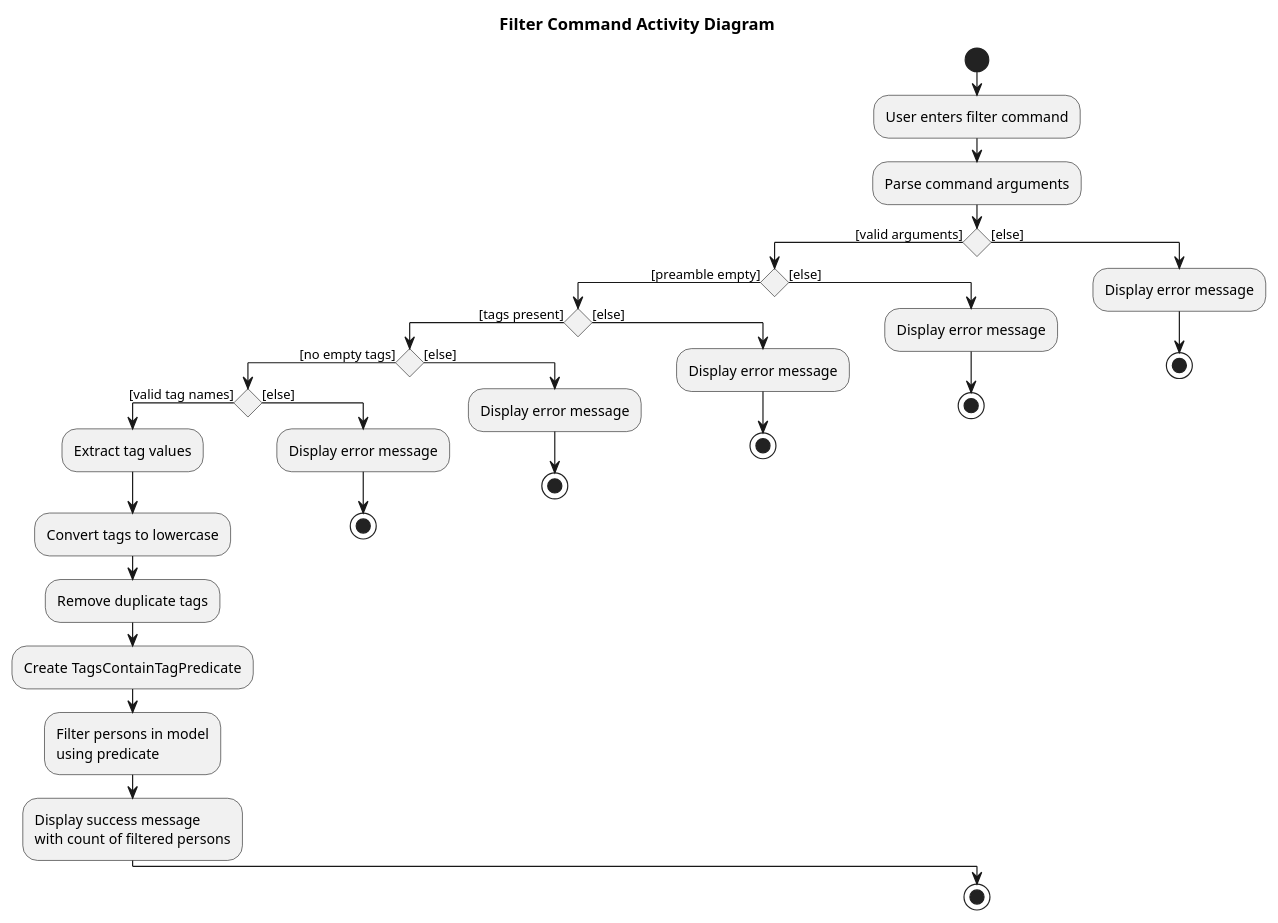
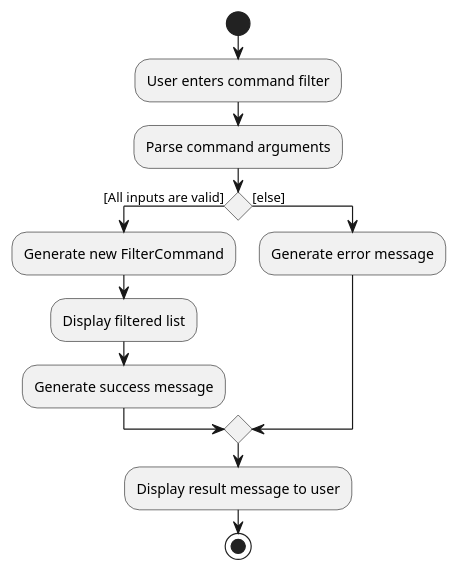
Before and after one commit to joelchongg/tp: the diagram in diagrams/FilterActivityDiagram.puml, drawn with PlantUML. The commit also changed 42 other files, not shown here.

```diff
--- a/diagrams/FilterActivityDiagram.puml
+++ b/diagrams/FilterActivityDiagram.puml
@@ -1,51 +1,14 @@
 @startuml
-title Filter Command Activity Diagram
-
 start
-
-:User enters filter command;
-
+:User enters command filter;
 :Parse command arguments;
-
-if () then ([valid arguments])
-  if () then ([preamble empty])
-    if () then ([tags present])
-      if () then ([no empty tags])
-        if () then ([valid tag names])
-          :Extract tag values;
-
-          :Convert tags to lowercase;
-
-          :Remove duplicate tags;
-
-          :Create TagsContainTagPredicate;
-
-          :Filter persons in model
-          using predicate;
-
-          :Display success message
-          with count of filtered persons;
-        else ([else])
-          :Display error message;
-          stop
-        endif
-      else ([else])
-        :Display error message;
-        stop
-      endif
-    else ([else])
-      :Display error message;
-      stop
-    endif
-  else ([else])
-    :Display error message;
-    stop
-  endif
+if () then ([All inputs are valid])
+  :Generate new FilterCommand;
+  :Display filtered list;
+  :Generate success message;
 else ([else])
-  :Display error message;
-  stop
+  :Generate error message;
 endif
-
+:Display result message to user;
 stop
-
 @enduml
```
